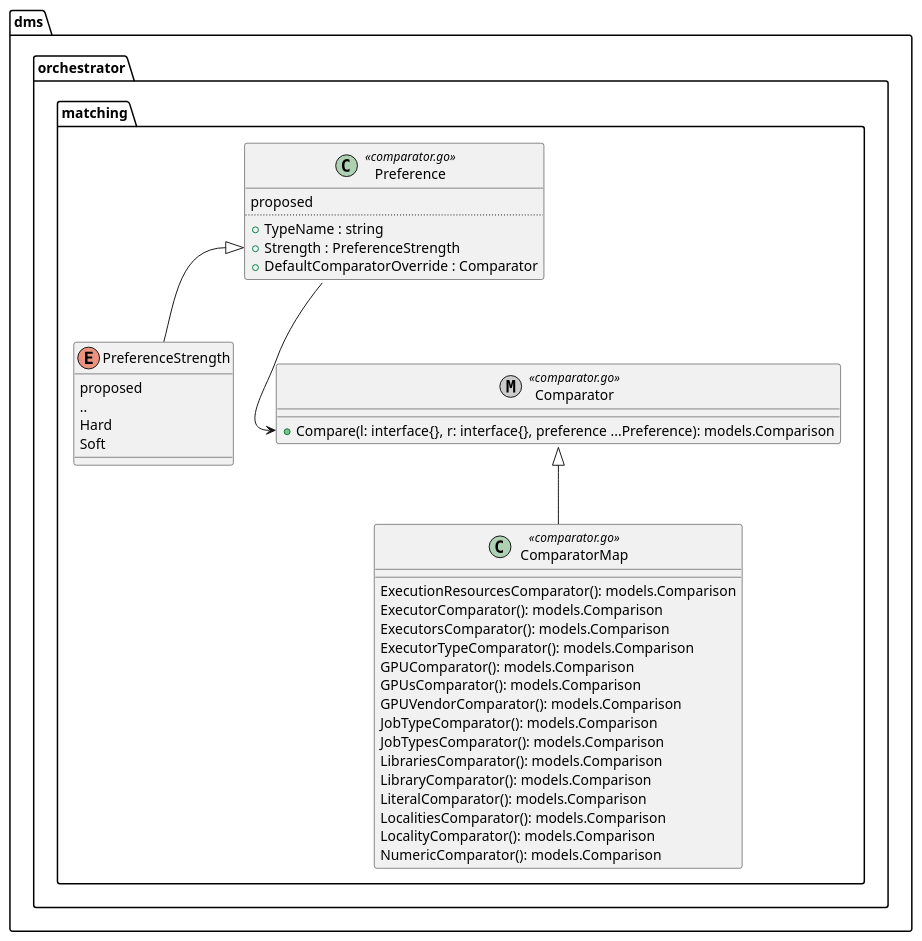
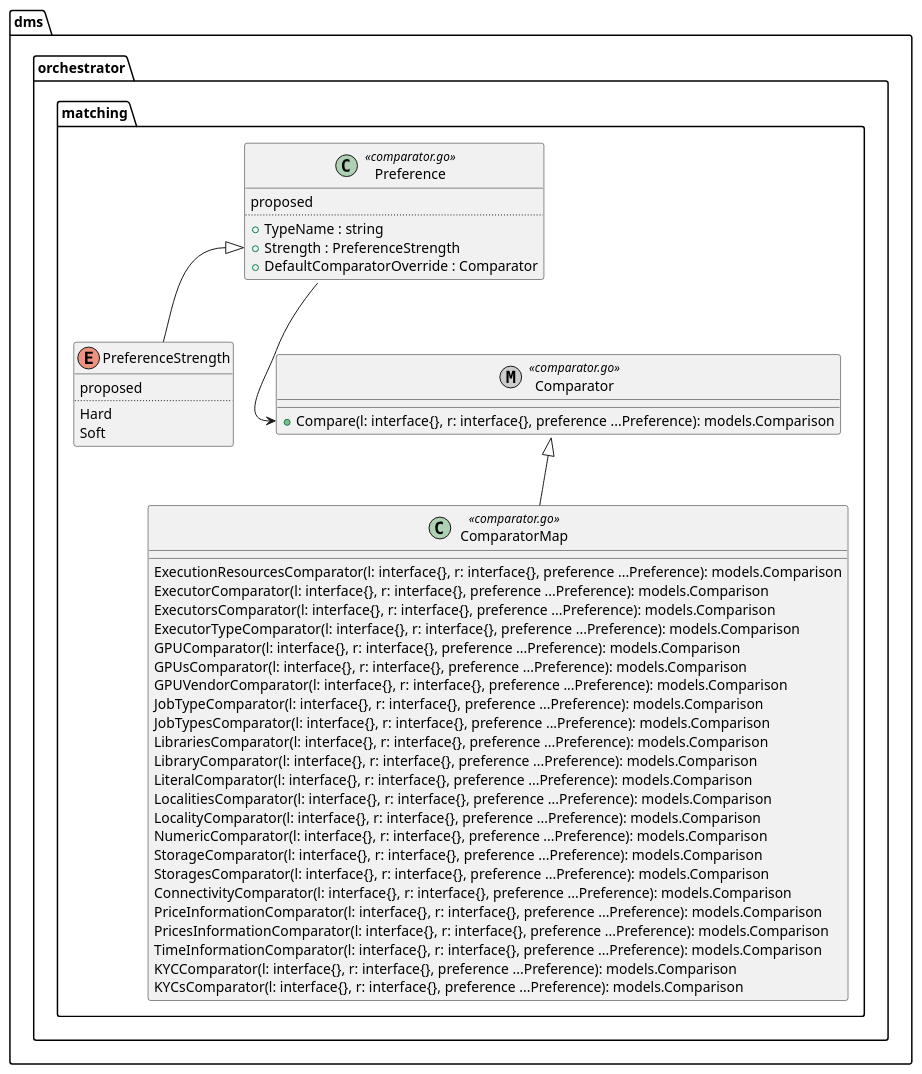
One commit to nunet/device-management-service changed the diagram in dms/orchestrator/matching/specs/class_diagram.puml. Above: the diagram before and after it, drawn with PlantUML. The commit also changed other lines of this file and 33 other files, not shown here.

Commit message:
Resolve "Comparators and types implementation to augment Capability and Comparison models"

```diff
--- a/dms/orchestrator/matching/specs/class_diagram.puml
+++ b/dms/orchestrator/matching/specs/class_diagram.puml
@@ -1,46 +1,54 @@
 ' START DIAGRAM
 
 class dms.orchestrator.matching.Preference <<comparator.go>> {
    proposed
    ..
    +TypeName : string
    +Strength : PreferenceStrength
    +DefaultComparatorOverride : Comparator
 }
 
 enum dms.orchestrator.matching.PreferenceStrength {
    proposed
-   ..   
+   ..
    Hard
    Soft
 }
 
 metaclass dms.orchestrator.matching.Comparator <<comparator.go>>{
     + Compare(l: interface{}, r: interface{}, preference ...Preference): models.Comparison
 }
 
 class dms.orchestrator.matching.ComparatorMap <<comparator.go>> {
-   ExecutionResourcesComparator(): models.Comparison
-   ExecutorComparator(): models.Comparison
-   ExecutorsComparator(): models.Comparison
-   ExecutorTypeComparator(): models.Comparison
-   GPUComparator(): models.Comparison
-   GPUsComparator(): models.Comparison
-   GPUVendorComparator(): models.Comparison
-   JobTypeComparator(): models.Comparison
-   JobTypesComparator(): models.Comparison
-   LibrariesComparator(): models.Comparison
-   LibraryComparator(): models.Comparison
-   LiteralComparator(): models.Comparison
-   LocalitiesComparator(): models.Comparison
-   LocalityComparator(): models.Comparison
-   NumericComparator(): models.Comparison
+   ExecutionResourcesComparator(l: interface{}, r: interface{}, preference ...Preference): models.Comparison
+   ExecutorComparator(l: interface{}, r: interface{}, preference ...Preference): models.Comparison
+   ExecutorsComparator(l: interface{}, r: interface{}, preference ...Preference): models.Comparison
+   ExecutorTypeComparator(l: interface{}, r: interface{}, preference ...Preference): models.Comparison
+   GPUComparator(l: interface{}, r: interface{}, preference ...Preference): models.Comparison
+   GPUsComparator(l: interface{}, r: interface{}, preference ...Preference): models.Comparison
+   GPUVendorComparator(l: interface{}, r: interface{}, preference ...Preference): models.Comparison
+   JobTypeComparator(l: interface{}, r: interface{}, preference ...Preference): models.Comparison
+   JobTypesComparator(l: interface{}, r: interface{}, preference ...Preference): models.Comparison
+   LibrariesComparator(l: interface{}, r: interface{}, preference ...Preference): models.Comparison
+   LibraryComparator(l: interface{}, r: interface{}, preference ...Preference): models.Comparison
+   LiteralComparator(l: interface{}, r: interface{}, preference ...Preference): models.Comparison
+   LocalitiesComparator(l: interface{}, r: interface{}, preference ...Preference): models.Comparison
+   LocalityComparator(l: interface{}, r: interface{}, preference ...Preference): models.Comparison
+   NumericComparator(l: interface{}, r: interface{}, preference ...Preference): models.Comparison
+   StorageComparator(l: interface{}, r: interface{}, preference ...Preference): models.Comparison
+   StoragesComparator(l: interface{}, r: interface{}, preference ...Preference): models.Comparison
+   ConnectivityComparator(l: interface{}, r: interface{}, preference ...Preference): models.Comparison
+   PriceInformationComparator(l: interface{}, r: interface{}, preference ...Preference): models.Comparison
+   PricesInformationComparator(l: interface{}, r: interface{}, preference ...Preference): models.Comparison
+   TimeInformationComparator(l: interface{}, r: interface{}, preference ...Preference): models.Comparison
+   KYCComparator(l: interface{}, r: interface{}, preference ...Preference): models.Comparison
+   KYCsComparator(l: interface{}, r: interface{}, preference ...Preference): models.Comparison
 }
 
 ' END DIAGRAM
 
 ' START IN-PACKAGE RELATIONS
-dms.orchestrator.matching.Preference::Strength <|-- dms.orchestrator.matching.PreferenceStrength 
+dms.orchestrator.matching.Preference::Strength <|-- dms.orchestrator.matching.PreferenceStrength
 dms.orchestrator.matching.Comparator <|-- dms.orchestrator.matching.ComparatorMap
 dms.orchestrator.matching.Preference --> dms.orchestrator.matching.Comparator::Compare
 ' END IN-PACKAGE RELATIONS
```
